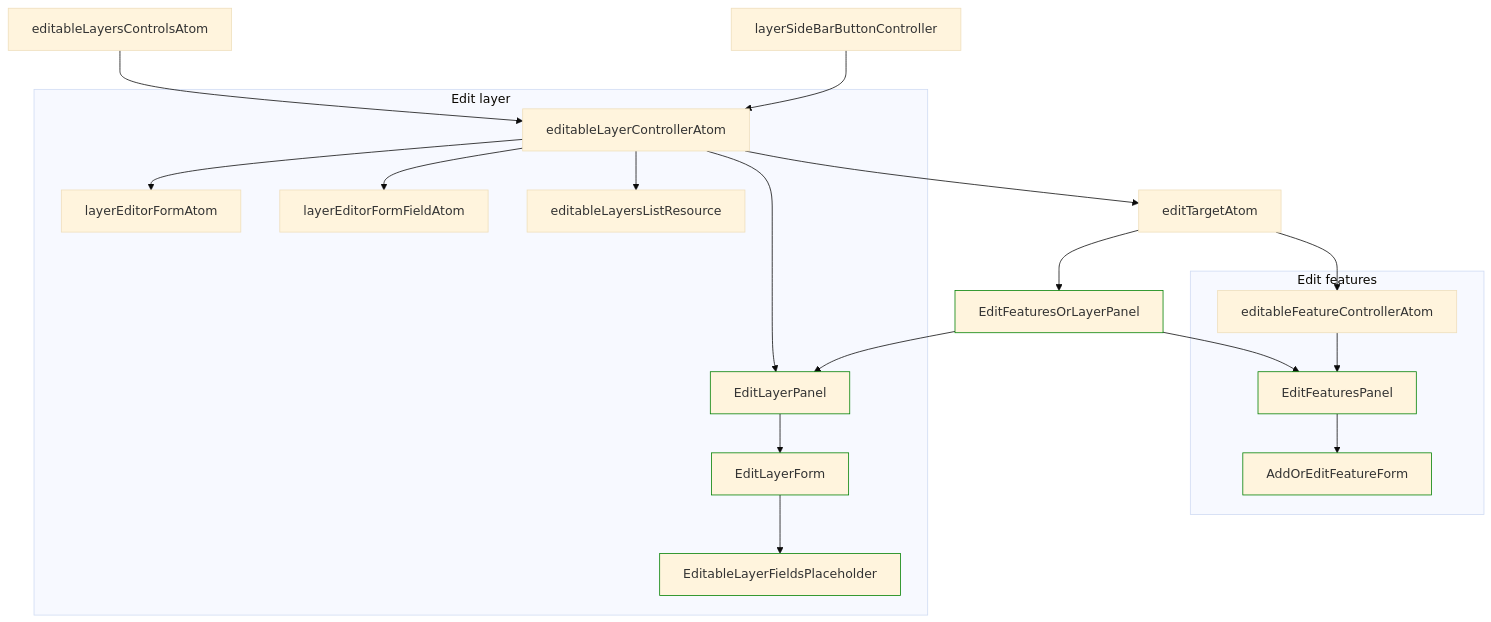
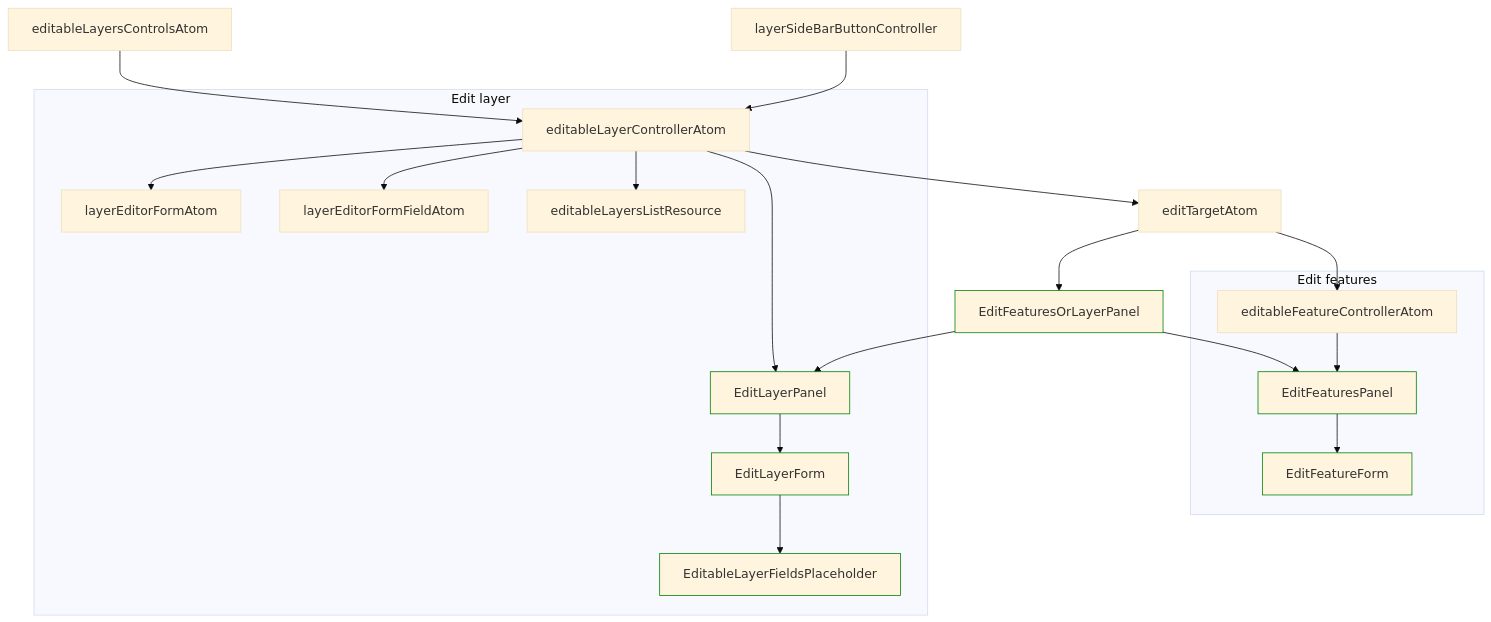
One commit to konturio/disaster-ninja-fe changed the diagram in src/features/create_layer/plan.md. Above: the diagram before and after it, drawn with Mermaid (base theme). The commit also changed 6 other files, not shown here.

````diff
--- a/src/features/create_layer/plan.md
+++ b/src/features/create_layer/plan.md
@@ -1,27 +1,27 @@
 ```mermaid
 flowchart TB
   classDef View stroke:green;
   classDef coreAtom stroke:orange;
 
 
   editableLayersControlsAtom --> editableLayerControllerAtom
   layerSideBarButtonController --> editableLayerControllerAtom
   subgraph Edit layer
   editableLayerControllerAtom --> layerEditorFormAtom
   editableLayerControllerAtom --> layerEditorFormFieldAtom
   editableLayerControllerAtom --> editableLayersListResource
   EditLayerPanel:::View --> EditLayerForm:::View
   EditLayerForm:::View  --> EditableLayerFieldsPlaceholder:::View
   editableLayerControllerAtom --> EditLayerPanel
   end
   editableLayerControllerAtom --> editTargetAtom
   editTargetAtom --> EditFeaturesOrLayerPanel:::View
   EditFeaturesOrLayerPanel --> EditLayerPanel:::View
   EditFeaturesOrLayerPanel --> EditFeaturesPanel:::View
 
   editTargetAtom --> editableFeatureControllerAtom
   subgraph Edit features
-  EditFeaturesPanel:::View --> AddOrEditFeatureForm:::View
+  EditFeaturesPanel:::View --> EditFeatureForm:::View
   editableFeatureControllerAtom --> EditFeaturesPanel:::View
   end
 ```
````
